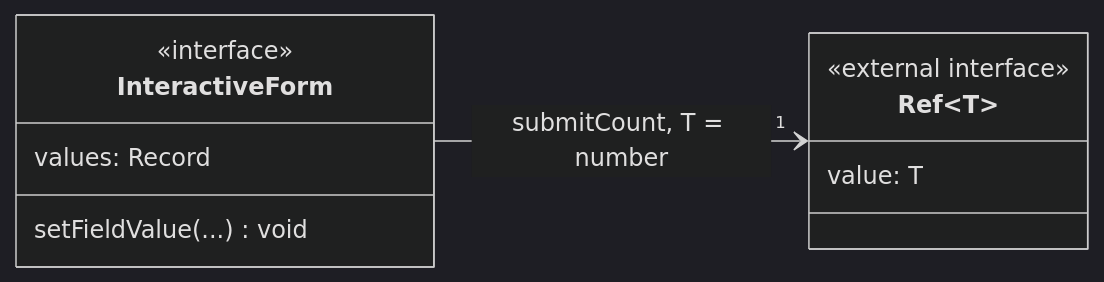
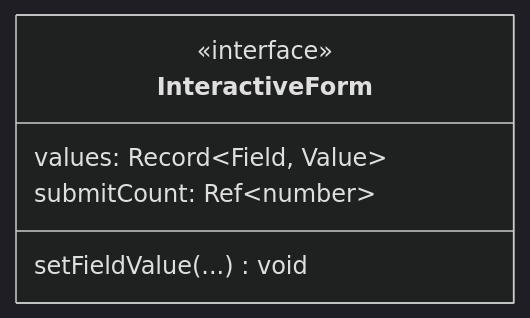
Before and after one commit to gpgsistemas01/nexus: the diagram in front/docs/architecture/views/logical/class-and-type-models/09-reactive-contracts.md, drawn with Mermaid (dark theme). The commit also changed other lines of this file and 37 other files, not shown here.

Commit message:
docs: depurar diagramas y conservar contratos propios del frontend

````diff
--- a/front/docs/architecture/views/logical/class-and-type-models/09-reactive-contracts.md
+++ b/front/docs/architecture/views/logical/class-and-type-models/09-reactive-contracts.md
@@ -16,14 +16,10 @@
 ```mermaid
 classDiagram
     direction LR
     class InteractiveForm {
         <<interface>>
-        values: Record
+        values: Record~Field, Value~
+        submitCount: Ref~number~
         setFieldValue(...) void
     }
-    class Ref~T~ {
-        <<external interface>>
-        value: T
-    }
-    InteractiveForm --> "1" Ref : submitCount, T = number
 ```
````
